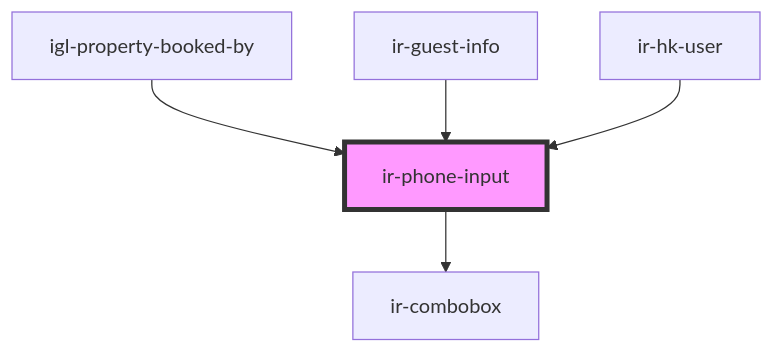
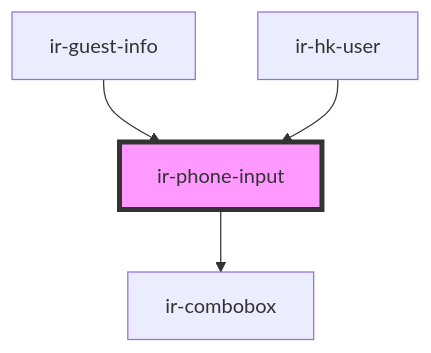
Before and after one commit to RonyRizk/ir-webcmp: the diagram in src/components/ui/ir-phone-input/readme.md, drawn with Mermaid. The commit also changed other lines of this file and 433 other files, not shown here.

````diff
--- a/src/components/ui/ir-phone-input/readme.md
+++ b/src/components/ui/ir-phone-input/readme.md
@@ -60,8 +60,7 @@
 ```mermaid
 graph TD;
   ir-phone-input --> ir-combobox
-  igl-property-booked-by --> ir-phone-input
   ir-guest-info --> ir-phone-input
   ir-hk-user --> ir-phone-input
   style ir-phone-input fill:#f9f,stroke:#333,stroke-width:4px
 ```
````
